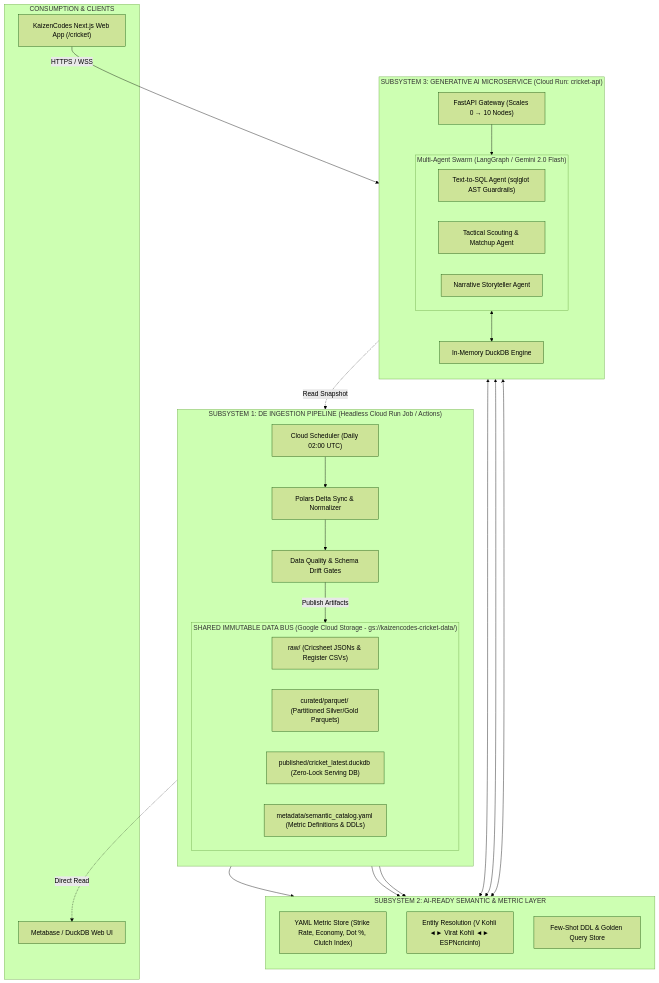
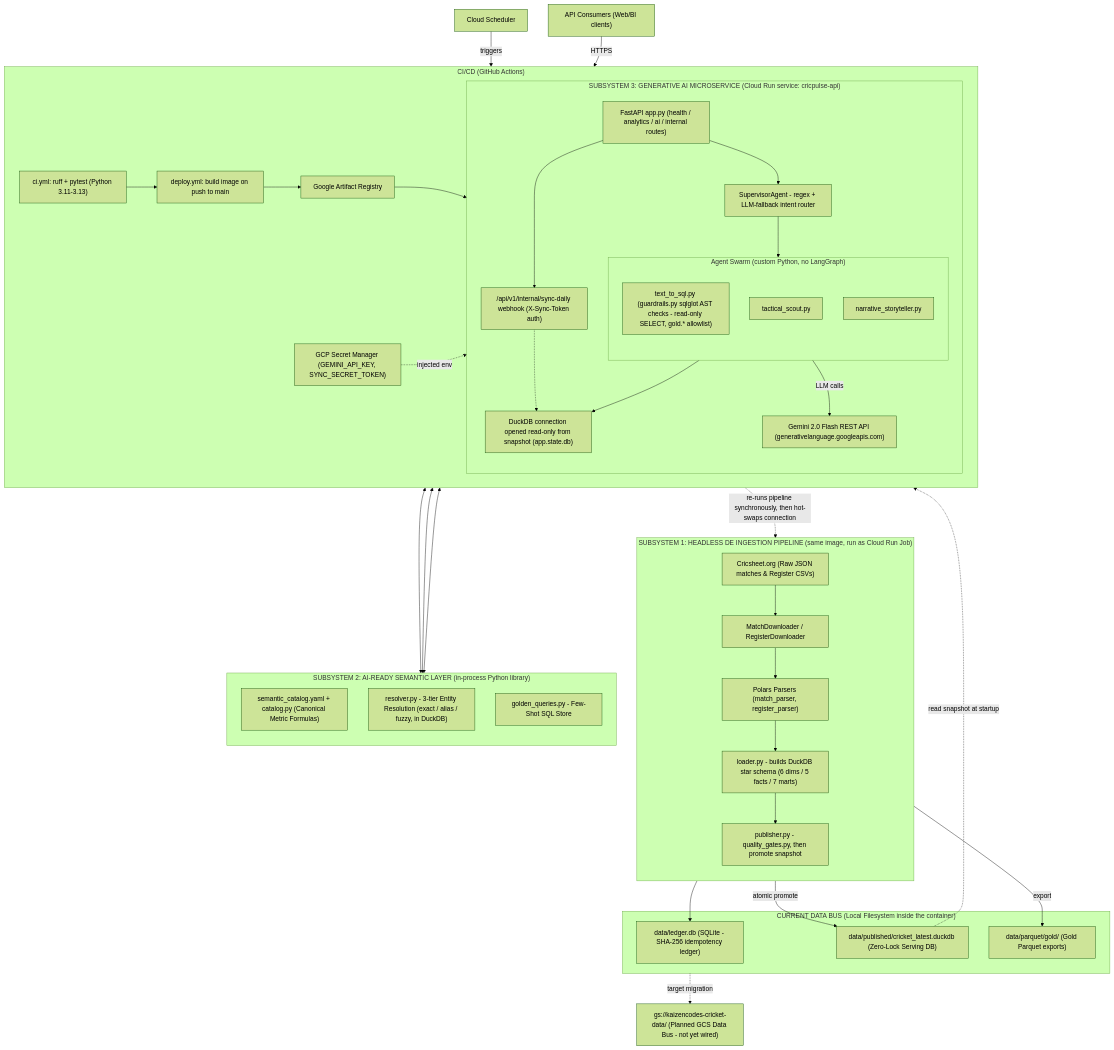
Before and after one commit to mindwanders1993/cricpulse: the diagram in README.md, drawn with Mermaid (forest theme). The commit also changed 10 other files, not shown here.

First line of the commit message:
feat(api): add OpenRouter Gemini 2.5 Flash, Web Chat UI, and Docker compose orchestration

````diff
--- a/README.md
+++ b/README.md
@@ -23,59 +23,79 @@
 ```mermaid
 flowchart TD
-    %% STORAGE & DATA BUS
-    subgraph StorageBus["SHARED IMMUTABLE DATA BUS (Google Cloud Storage - gs://kaizencodes-cricket-data/)"]
-        Raw["raw/ (Cricsheet JSONs & Register CSVs)"]
-        Parquet["curated/parquet/ (Partitioned Silver/Gold Parquets)"]
-        DuckDBSnap["published/cricket_latest.duckdb (Zero-Lock Serving DB)"]
-        SemCatalog["metadata/semantic_catalog.yaml (Metric Definitions & DDLs)"]
+    %% EXTERNAL SOURCE
+    Cricsheet["Cricsheet.org (Raw JSON matches & Register CSVs)"]
+
+    %% CURRENT STORAGE (local filesystem, single container volume)
+    subgraph StorageBus["CURRENT DATA BUS (Local Filesystem inside the container)"]
+        Ledger["data/ledger.db (SQLite - SHA-256 idempotency ledger)"]
+        DuckDBSnap["data/published/cricket_latest.duckdb (Zero-Lock Serving DB)"]
+        Parquet["data/parquet/gold/ (Gold Parquet exports)"]
+    end
+    GCSPlanned["gs://kaizencodes-cricket-data/ (Planned GCS Data Bus - not yet wired)"]
+    StorageBus -.->|target migration| GCSPlanned
+
+    %% SUBSYSTEM 1: DE PIPELINE
+    subgraph Subsystem1["SUBSYSTEM 1: HEADLESS DE INGESTION PIPELINE (same image, run as Cloud Run Job)"]
+        direction TB
+        Downloaders["MatchDownloader / RegisterDownloader"]
+        Parsers["Polars Parsers (match_parser, register_parser)"]
+        Builder["loader.py - builds DuckDB star schema (6 dims / 5 facts / 7 marts)"]
+        Publisher["publisher.py - quality_gates.py, then promote snapshot"]
+
+        Cricsheet --> Downloaders --> Parsers --> Builder --> Publisher
+        Publisher --> Ledger
+        Publisher -->|atomic promote| DuckDBSnap
+        Publisher -->|export| Parquet
     end
 
-    %% SUBSYSTEM 1: DE PIPELINE
-    subgraph Subsystem1["SUBSYSTEM 1: DE INGESTION PIPELINE (Headless Cloud Run Job / Actions)"]
+    %% SUBSYSTEM 2: AI-READY PREPARATION (in-process library, not a service)
+    subgraph Subsystem2["SUBSYSTEM 2: AI-READY SEMANTIC LAYER (in-process Python library)"]
         direction TB
-        Trigger["Cloud Scheduler (Daily 02:00 UTC)"]
-        Runner["Polars Delta Sync & Normalizer"]
-        DQ["Data Quality & Schema Drift Gates"]
-        
-        Trigger --> Runner --> DQ
-        DQ -->|Publish Artifacts| StorageBus
-    end
-
-    %% SUBSYSTEM 2: AI-READY PREPARATION
-    subgraph Subsystem2["SUBSYSTEM 2: AI-READY SEMANTIC & METRIC LAYER"]
-        direction TB
-        Sem["YAML Metric Store (Strike Rate, Economy, Dot %, Clutch Index)"]
-        Crosswalk["Entity Resolution (V Kohli ◄► Virat Kohli ◄► ESPNcricinfo)"]
-        GoldenSQL["Few-Shot DDL & Golden Query Store"]
-        
-        StorageBus --> Sem & Crosswalk & GoldenSQL
+        Sem["semantic_catalog.yaml + catalog.py (Canonical Metric Formulas)"]
+        Crosswalk["resolver.py - 3-tier Entity Resolution (exact / alias / fuzzy, in DuckDB)"]
+        GoldenSQL["golden_queries.py - Few-Shot SQL Store"]
     end
 
     %% SUBSYSTEM 3: GEN AI MICROSERVICE
-    subgraph Subsystem3["SUBSYSTEM 3: GENERATIVE AI MICROSERVICE (Cloud Run: cricket-api)"]
+    subgraph Subsystem3["SUBSYSTEM 3: GENERATIVE AI MICROSERVICE (Cloud Run service: cricpulse-api)"]
         direction TB
-        API["FastAPI Gateway (Scales 0 → 10 Nodes)"]
-        
-        subgraph Agents["Multi-Agent Swarm (LangGraph / Gemini 2.0 Flash)"]
-            A1["Text-to-SQL Agent (sqlglot AST Guardrails)"]
-            A2["Tactical Scouting & Matchup Agent"]
-            A3["Narrative Storyteller Agent"]
+        API["FastAPI app.py (health / analytics / ai / internal routes)"]
+        Supervisor["SupervisorAgent - regex + LLM-fallback intent router"]
+
+        subgraph Agents["Agent Swarm (custom Python, no LangGraph)"]
+            A1["text_to_sql.py (guardrails.py sqlglot AST checks - read-only SELECT, gold.* allowlist)"]
+            A2["tactical_scout.py"]
+            A3["narrative_storyteller.py"]
         end
-        
-        MemDB["In-Memory DuckDB Engine"]
-        
-        API --> Agents
+
+        MemDB["DuckDB connection opened read-only from snapshot (app.state.db)"]
+        Gemini["Gemini 2.0 Flash REST API (generativelanguage.googleapis.com)"]
+        SyncHook["/api/v1/internal/sync-daily webhook (X-Sync-Token auth)"]
+
+        API --> Supervisor --> Agents
         Agents <--> Sem & Crosswalk & GoldenSQL
-        Agents <--> MemDB
-        MemDB -.->|Read Snapshot| StorageBus
+        Agents --> MemDB
+        Agents -->|LLM calls| Gemini
+        DuckDBSnap -.->|read snapshot at startup| MemDB
+        API --> SyncHook
     end
 
+    %% RUNTIME INTEGRATION LOOP
+    Scheduler["Cloud Scheduler"] -->|triggers| SyncHook
+    SyncHook -.->|re-runs pipeline synchronously, then hot-swaps connection| Subsystem1
+    SyncHook -.-> MemDB
+
     %% CLIENT / CONSUMPTION
-    subgraph Client["CONSUMPTION & CLIENTS"]
-        WebUI["KaizenCodes Next.js Web App (/cricket)"]
-        BI["Metabase / DuckDB Web UI"]
+    Client["API Consumers (Web/BI clients)"] -->|HTTPS| API
+
+    %% DEPLOYMENT
+    subgraph Deploy["CI/CD (GitHub Actions)"]
+        direction LR
+        CI["ci.yml: ruff + pytest (Python 3.11-3.13)"]
+        CD["deploy.yml: build image on push to main"]
+        AR["Google Artifact Registry"]
+        SM["GCP Secret Manager (GEMINI_API_KEY, SYNC_SECRET_TOKEN)"]
+        CI --> CD --> AR --> Subsystem3
+        SM -.->|injected env| Subsystem3
     end
-
-    WebUI -->|HTTPS / WSS| API
-    StorageBus -.->|Direct Read| BI
 ```
````
